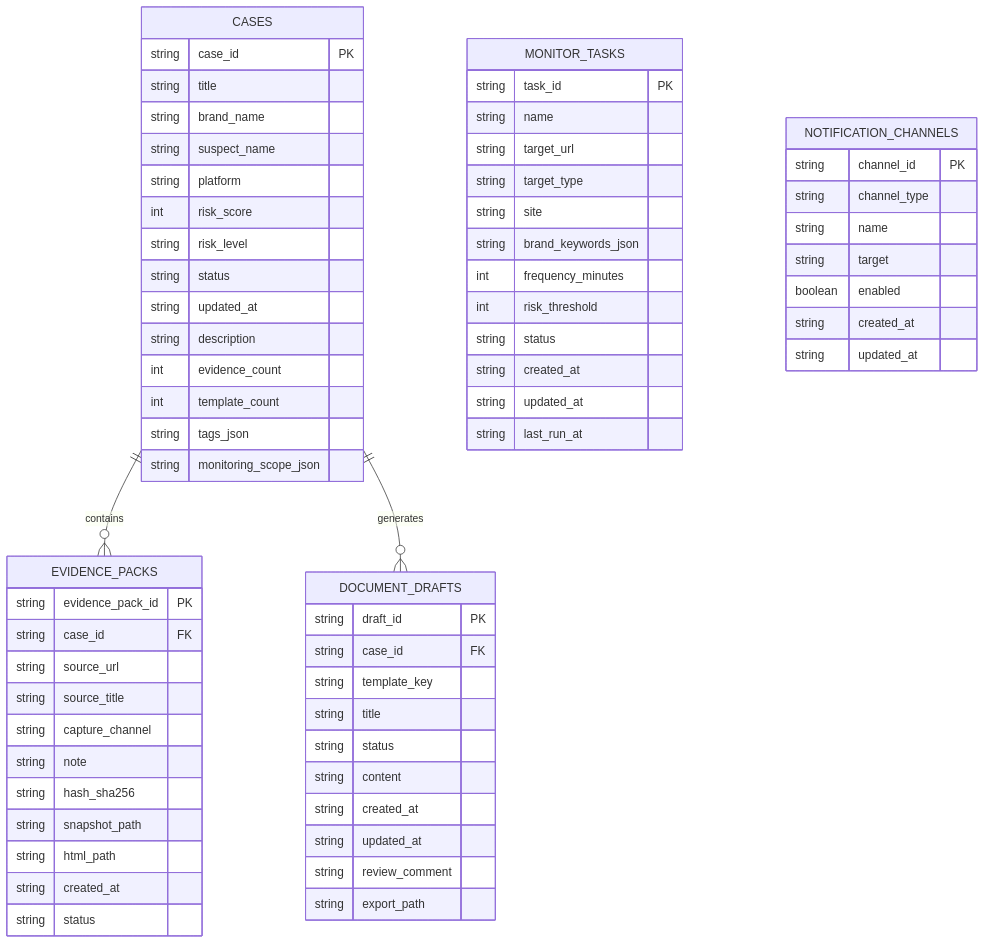
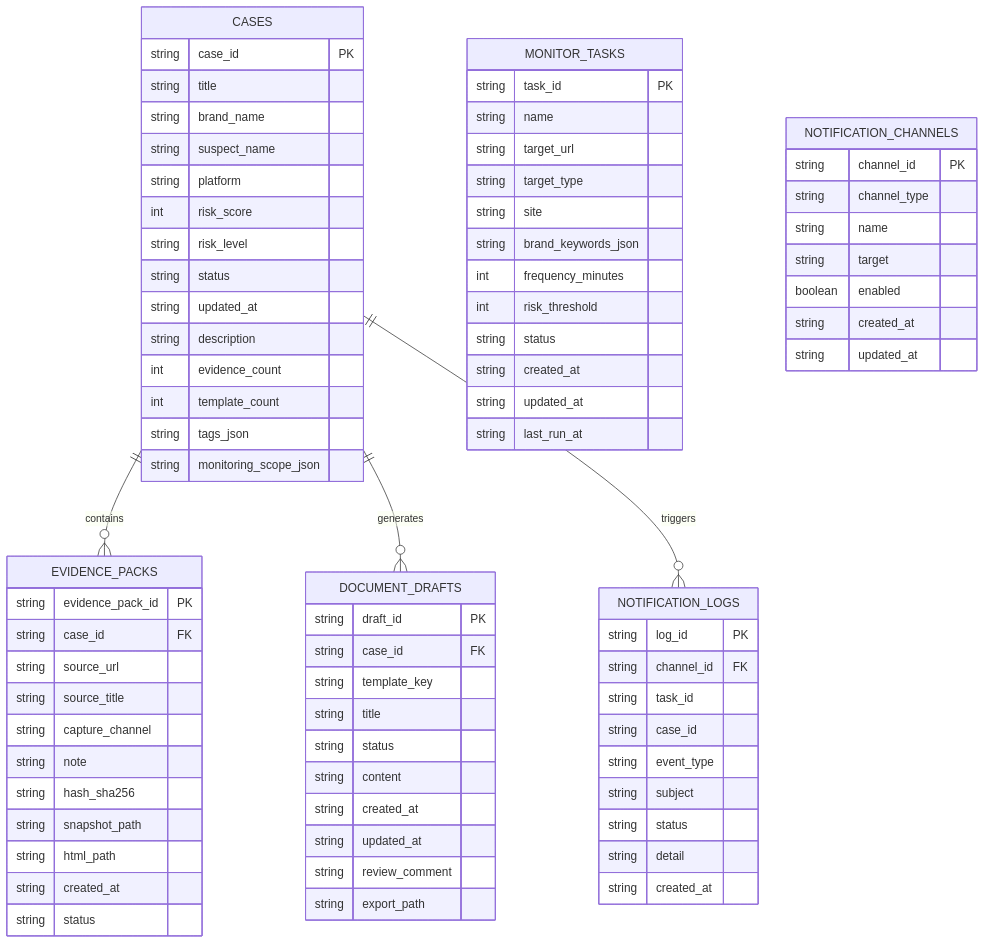
Before and after one commit to Keith9922/zhenzhengge: the first of 2 diagrams in docs/zhenzhengge-database-schema.md, drawn with Mermaid. The commit also changed other lines of this file and 82 other files, not shown here.

````diff
--- a/docs/zhenzhengge-database-schema.md
+++ b/docs/zhenzhengge-database-schema.md
@@ -34,6 +31,7 @@
 erDiagram
     CASES ||--o{ EVIDENCE_PACKS : contains
     CASES ||--o{ DOCUMENT_DRAFTS : generates
+    CASES ||--o{ NOTIFICATION_LOGS : triggers
 
     CASES {
         string case_id PK
@@ -103,4 +101,16 @@
         string created_at
         string updated_at
     }
+
+    NOTIFICATION_LOGS {
+        string log_id PK
+        string channel_id FK
+        string task_id
+        string case_id
+        string event_type
+        string subject
+        string status
+        string detail
+        string created_at
+    }
 ```
````
